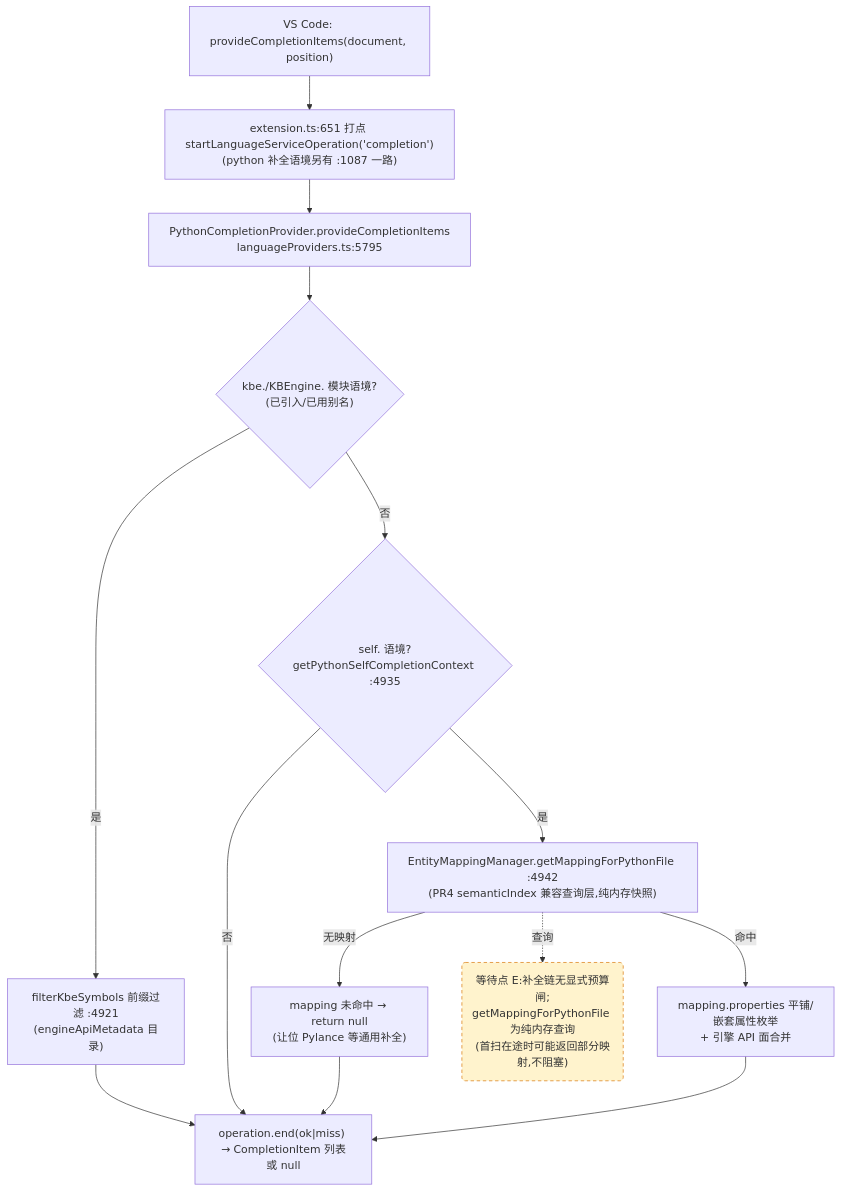
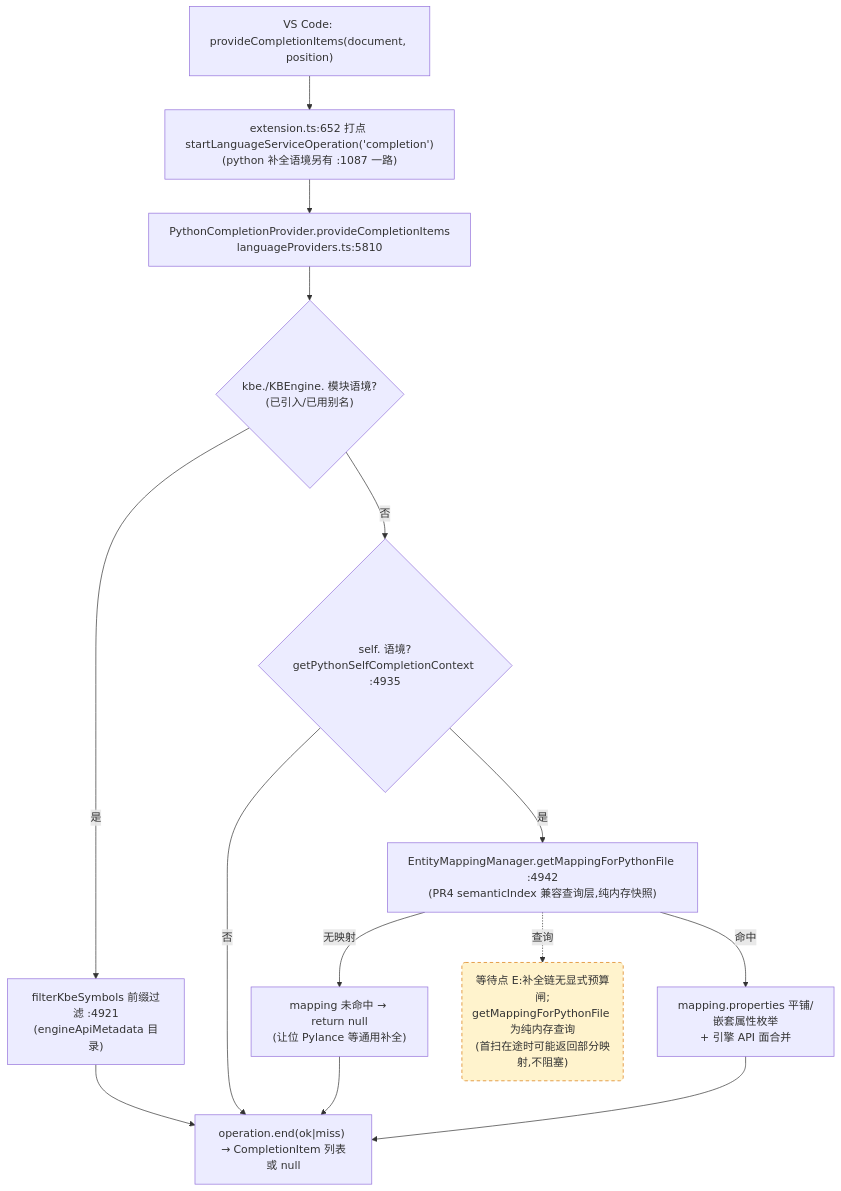
The third of 4 diagrams in docs/perf/2026-baseline.md (cuihairu/kode), drawn with Mermaid before and after one commit. The commit also changed other lines of this file and 14 other files, not shown here.

````diff
--- a/docs/perf/2026-baseline.md
+++ b/docs/perf/2026-baseline.md
@@ -184,27 +184,27 @@
 ```mermaid
 flowchart TD
   VC3["VS Code: provideCompletionItems(document, position)"]
-  M3["extension.ts:651 打点 startLanguageServiceOperation('completion')<br/>(python 补全语境另有 :1087 一路)"]
-  CP["PythonCompletionProvider.provideCompletionItems<br/>languageProviders.ts:5795"]
+  M3["extension.ts:652 打点 startLanguageServiceOperation('completion')<br/>(python 补全语境另有 :1087 一路)"]
+  CP["PythonCompletionProvider.provideCompletionItems<br/>languageProviders.ts:5810"]
   KBEC{"kbe./KBEngine. 模块语境?<br/>(已引入/已用别名)"}
   FILTER["filterKbeSymbols 前缀过滤 :4921<br/>(engineApiMetadata 目录)"]
   SELFC{"self. 语境?<br/>getPythonSelfCompletionContext :4935"}
   MAP["EntityMappingManager.getMappingForPythonFile :4942<br/>(PR4 semanticIndex 兼容查询层,纯内存快照)"]
   NOMAP["mapping 未命中 → return null<br/>(让位 Pylance 等通用补全)"]
   PROPS["mapping.properties 平铺/嵌套属性枚举<br/>+ 引擎 API 面合并"]
   END3["operation.end(ok|miss) → CompletionItem 列表或 null"]
 
   VC3 --> M3 --> CP --> KBEC
   KBEC -- "是" --> FILTER --> END3
   KBEC -- "否" --> SELFC
   SELFC -- "否" --> END3
   SELFC -- "是" --> MAP
   MAP -- "无映射" --> NOMAP --> END3
   MAP -- "命中" --> PROPS --> END3
 
   WAITE("等待点 E:补全链无显式预算闸;<br/>getMappingForPythonFile 为纯内存查询<br/>(首扫在途时可能返回部分映射,不阻塞)")
   MAP -.->|查询| WAITE
 
   classDef waitPoint fill:#fff3cd,stroke:#d97706,stroke-dasharray:5 4;
   class WAITE waitPoint;
 ```
````
